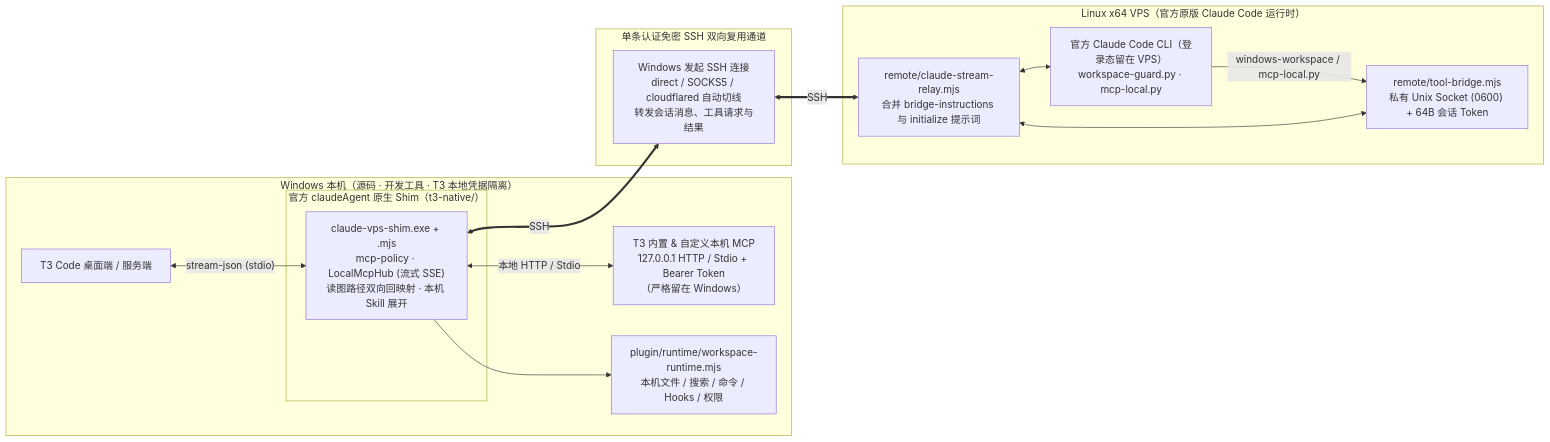
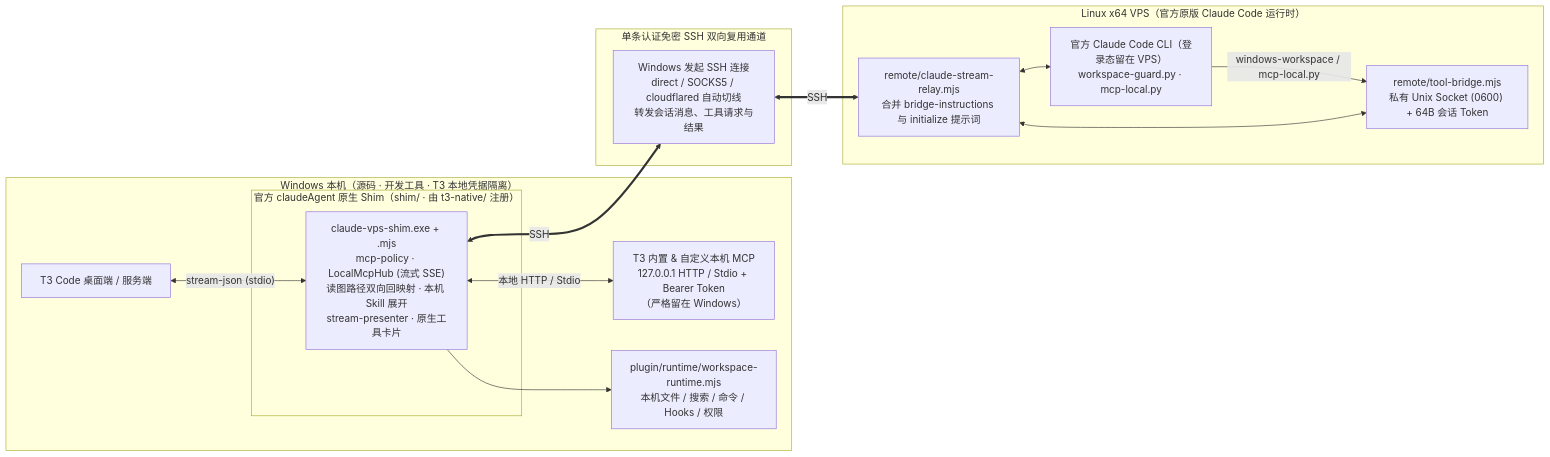
Before and after one commit to Barometer-2002/claude-vps-bridge: the diagram in docs/T3CODE.md, drawn with Mermaid. The commit also changed other lines of this file and 8 other files, not shown here.

````diff
--- a/docs/T3CODE.md
+++ b/docs/T3CODE.md
@@ -28,34 +29,34 @@
 ```mermaid
 flowchart LR
     subgraph WIN["Windows 本机（源码 · 开发工具 · T3 本地凭据隔离）"]
         T3["T3 Code 桌面端 / 服务端"]
         T3MCP["T3 内置 & 自定义本机 MCP<br/>127.0.0.1 HTTP / Stdio + Bearer Token<br/>（严格留在 Windows）"]
 
-        subgraph NATIVE["官方 claudeAgent 原生 Shim（t3-native/）"]
-            SHIM["claude-vps-shim.exe + .mjs<br/>mcp-policy · LocalMcpHub (流式 SSE)<br/>读图路径双向回映射 · 本机 Skill 展开"]
+        subgraph NATIVE["官方 claudeAgent 原生 Shim（shim/ · 由 t3-native/ 注册）"]
+            SHIM["claude-vps-shim.exe + .mjs<br/>mcp-policy · LocalMcpHub (流式 SSE)<br/>读图路径双向回映射 · 本机 Skill 展开<br/>stream-presenter · 原生工具卡片"]
         end
 
         WR["plugin/runtime/workspace-runtime.mjs<br/>本机文件 / 搜索 / 命令 / Hooks / 权限"]
 
         T3 <-->|"stream-json (stdio)"| SHIM
         SHIM <-->|"本地 HTTP / Stdio"| T3MCP
         SHIM --> WR
     end
 
     subgraph SSH["单条认证免密 SSH 双向复用通道"]
         TUN["Windows 发起 SSH 连接<br/>direct / SOCKS5 / cloudflared 自动切线<br/>转发会话消息、工具请求与结果"]
     end
 
     subgraph VPS["Linux x64 VPS（官方原版 Claude Code 运行时）"]
         RELAY["remote/claude-stream-relay.mjs<br/>合并 bridge-instructions 与 initialize 提示词"]
         TB["remote/tool-bridge.mjs<br/>私有 Unix Socket (0600) + 64B 会话 Token"]
         CC["官方 Claude Code CLI（登录态留在 VPS）<br/>workspace-guard.py · mcp-local.py"]
 
         RELAY <--> CC
         CC -->|"windows-workspace / mcp-local.py"| TB
         TB <--> RELAY
     end
 
     SHIM <==>|"SSH"| TUN
     TUN <==>|"SSH"| RELAY
 ```
````
